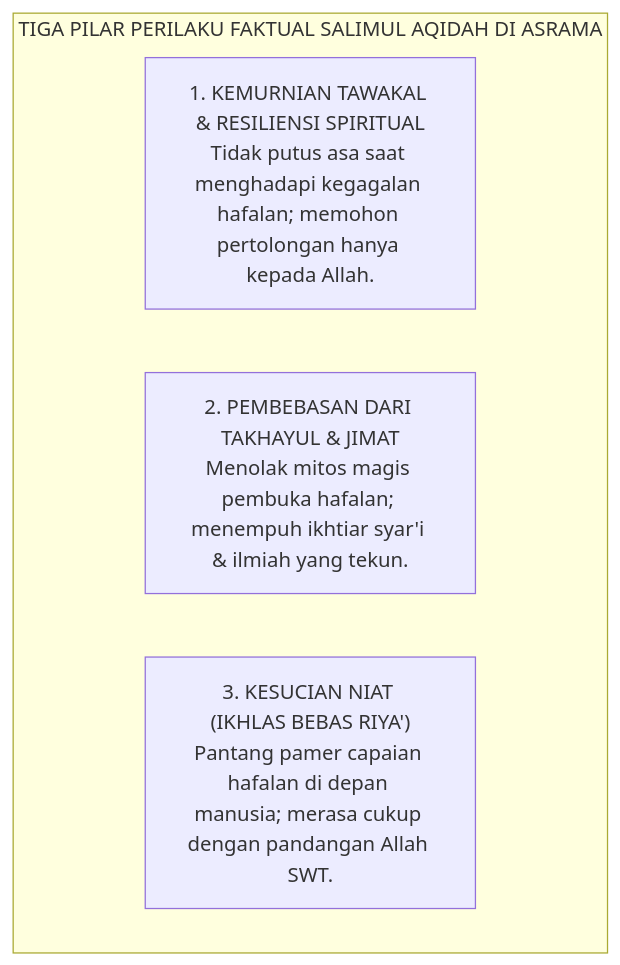
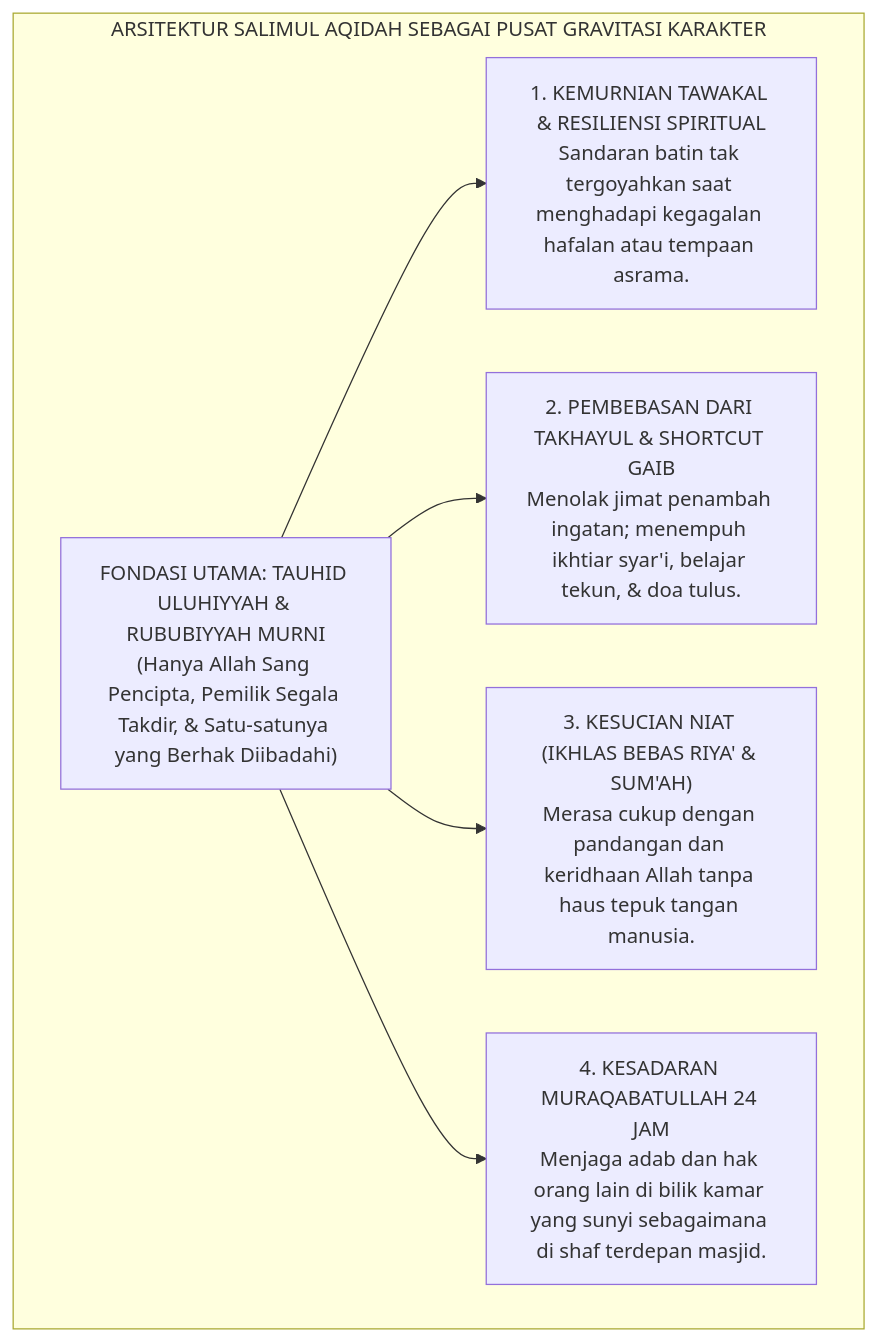
The diagram in BOOK-SERIES/Volume-02/Bab-02-Profil-10-Muwashafat-Karakter-Santri/01-Salimul-Aqidah.md (wandiapriliyandi/tumbuh), drawn with Mermaid before and after one commit. The commit also changed other lines of this file and 18 other files, not shown here.

````diff
--- a/BOOK-SERIES/Volume-02/Bab-02-Profil-10-Muwashafat-Karakter-Santri/01-Salimul-Aqidah.md
+++ b/BOOK-SERIES/Volume-02/Bab-02-Profil-10-Muwashafat-Karakter-Santri/01-Salimul-Aqidah.md
@@ -19,10 +19,11 @@
 ```mermaid
 graph TD
-    subgraph PilarAqidah["TIGA PILAR PERILAKU FAKTUAL SALIMUL AQIDAH DI ASRAMA"]
-        P1["1. KEMURNIAN TAWAKAL & RESILIENSI SPIRITUAL<br/>Tidak putus asa saat menghadapi kegagalan hafalan; memohon pertolongan hanya kepada Allah."]
+    subgraph ArsitekturAqidah["ARSITEKTUR SALIMUL AQIDAH SEBAGAI PUSAT GRAVITASI KARAKTER"]
+        Tauhid["FONDASI UTAMA: TAUHID ULUHIYYAH & RUBUBIYYAH MURNI<br/>(Hanya Allah Sang Pencipta, Pemilik Segala Takdir, & Satu-satunya yang Berhak Diibadahi)"]
         
-        P2["2. PEMBEBASAN DARI TAKHAYUL & JIMAT<br/>Menolak mitos magis pembuka hafalan; menempuh ikhtiar syar'i & ilmiah yang tekun."]
-        
-        P3["3. KESUCIAN NIAT (IKHLAS BEBAS RIYA')<br/>Pantang pamer capaian hafalan di depan manusia; merasa cukup dengan pandangan Allah SWT."]
+        Tauhid --> P1["1. KEMURNIAN TAWAKAL & RESILIENSI SPIRITUAL<br/>Sandaran batin tak tergoyahkan saat menghadapi kegagalan hafalan atau tempaan asrama."]
+        Tauhid --> P2["2. PEMBEBASAN DARI TAKHAYUL & SHORTCUT GAIB<br/>Menolak jimat penambah ingatan; menempuh ikhtiar syar'i, belajar tekun, & doa tulus."]
+        Tauhid --> P3["3. KESUCIAN NIAT (IKHLAS BEBAS RIYA' & SUM'AH)<br/>Merasa cukup dengan pandangan dan keridhaan Allah tanpa haus tepuk tangan manusia."]
+        Tauhid --> P4["4. KESADARAN MURAQABATULLAH 24 JAM<br/>Menjaga adab dan hak orang lain di bilik kamar yang sunyi sebagaimana di shaf terdepan masjid."]
     end
 ```
````
